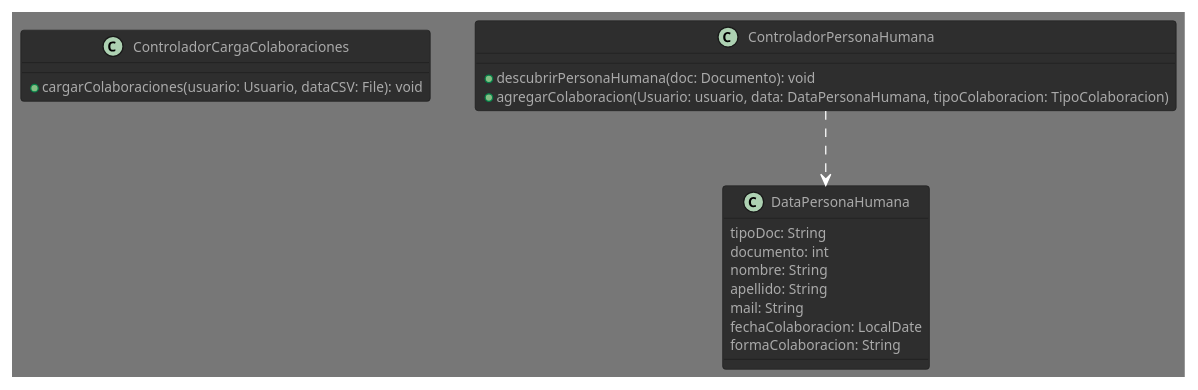
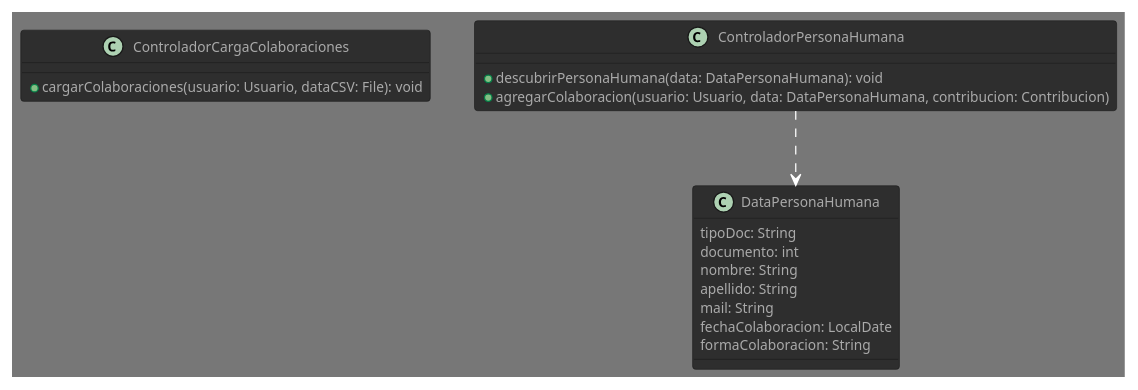
The diagram in documentos/segundaEntrega/diagramaDeClasesControladores.puml (eitan-wajsberg/tp-anual-dds-2024), drawn with PlantUML before and after one commit. The commit also changed 11 other files, not shown here.

Commit message:
Subo correcciones menores de diagrama y agrego paquete de usuario, repositorio y controladores

```diff
--- a/documentos/segundaEntrega/diagramaDeClasesControladores.puml
+++ b/documentos/segundaEntrega/diagramaDeClasesControladores.puml
@@ -1,80 +1,80 @@
 @startuml diagramaDeClasesControladores
 !theme reddress-darkblue
 
 class ControladorCargaColaboraciones {
     + cargarColaboraciones(usuario: Usuario, dataCSV: File): void
 }
 
 /'
 void cargarColaboraciones(usuario: Usuario, archivoCSV: String){
     
     Permiso permisoCargarColaboraciones = RepositorioPermisos.buscar("CARGAR_COLABORACION");
     if(!usuario.getRol().tenesPermiso(permisoCargarColaboraciones)) {
         throw new PermisoInsuficienteException(permisoCargarColaboraciones);
     }
     
     // Crear un objeto Reader para el archivo CSV
     Reader reader = new FileReader(archivoCSV);
 
     // Crear un parser CSV con el formato predeterminado
     CSVParser csvParser = CSVFormat.DEFAULT.parse(reader);
 
     for (CSVRecord record : csvParser) {
         // Acceder a los valores de cada columna por su índice
         String TipoDocumento = record.get(0);
         Int DNI = record.get(1);
         Documento doc = new Documento(TipoDocumento, DNI);
         // lleno DataPersona con tipo doc, nro, nombre, apellido y mail
         controladorPersona.descubrirPersonaHumana(doc);
         ...
         TipoColaboracion colaboracion;
         switch(record.get("forma de colaboracion")){
           case "dinero":
             colaboracion = new DonacionDinero(cantidad); break;
           ...
         }
         controladorPersona.agregarColaboracionAPersona(usuario, DataPersona, colaboracion);
     }
 }
 tipo doc    documento   fecha colaboracion      forma colab         cantidad
 dni         111         25/5/2024               dinero              100
 dni         120         25/5/2024               dinero              50
 dni         111         25/5/2024               entraga_tarjetas    3
 '/
 
 class ControladorPersonaHumana {
-    + descubrirPersonaHumana(doc: Documento): void
-    + agregarColaboracion(Usuario: usuario, data: DataPersonaHumana, tipoColaboracion: TipoColaboracion)
+    + descubrirPersonaHumana(data: DataPersonaHumana): void
+    + agregarColaboracion(usuario: Usuario, data: DataPersonaHumana, contribucion: Contribucion)
 }
 
 /'
 PersonaHumana descubrirPersonaHumana(doc: Documento) {
         PersonaHumana persona = RepositorioPersonaHumana.buscar(doc);
 
         if(persona == NULL) {
             crear usuario
             crear persona humana y ponerle el usuario
 
             mandar Mail
         }
 
         crear instancias de contribuciones
         asignarlas a la persona
 
         actualizar persona en repositorio
 }
 '/
 
 ControladorPersonaHumana ..> DataPersonaHumana
 
 class DataPersonaHumana {
     tipoDoc: String
     documento: int
     nombre: String
     apellido: String
     mail: String
     fechaColaboracion: LocalDate
     formaColaboracion: String
 }
 
 @enduml
```
